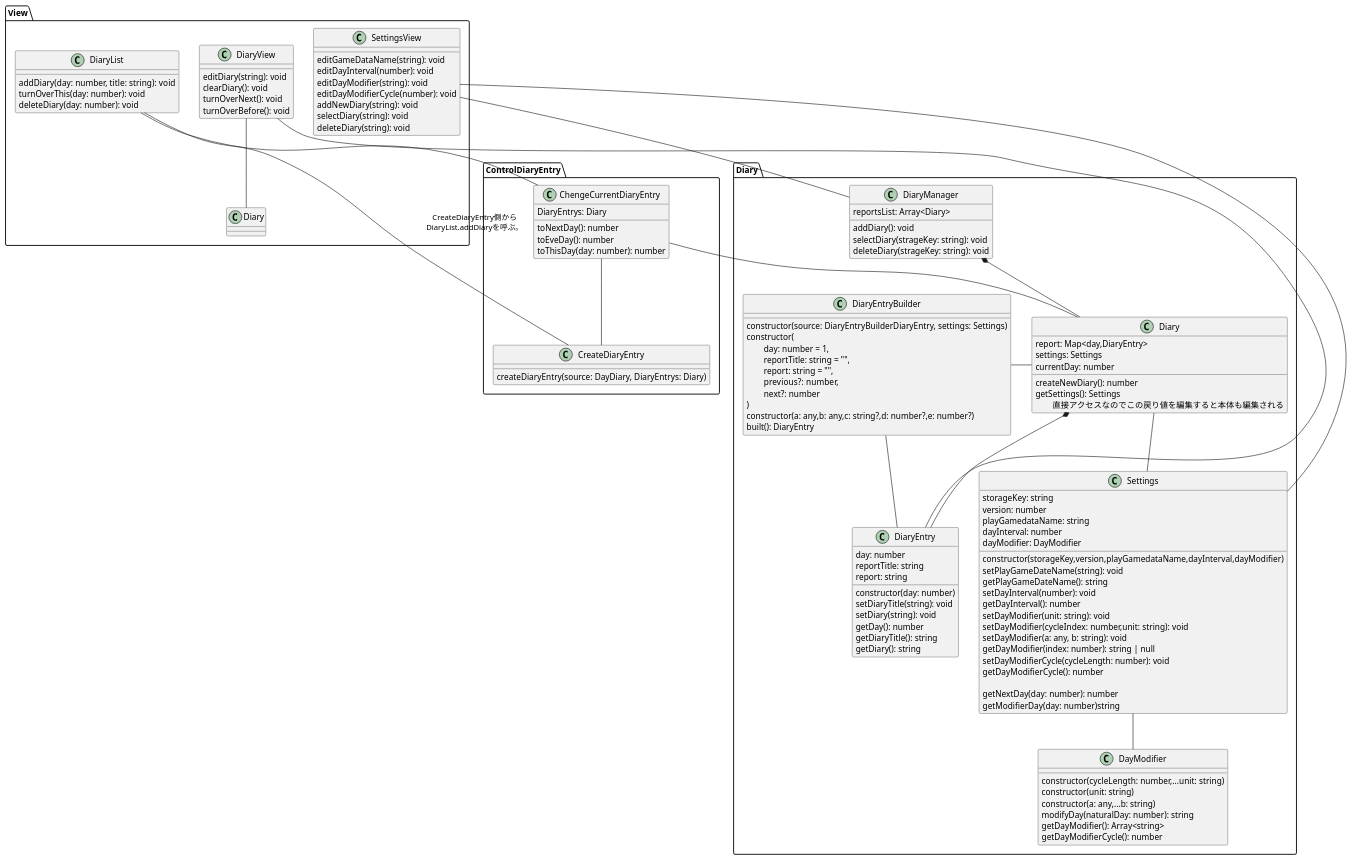
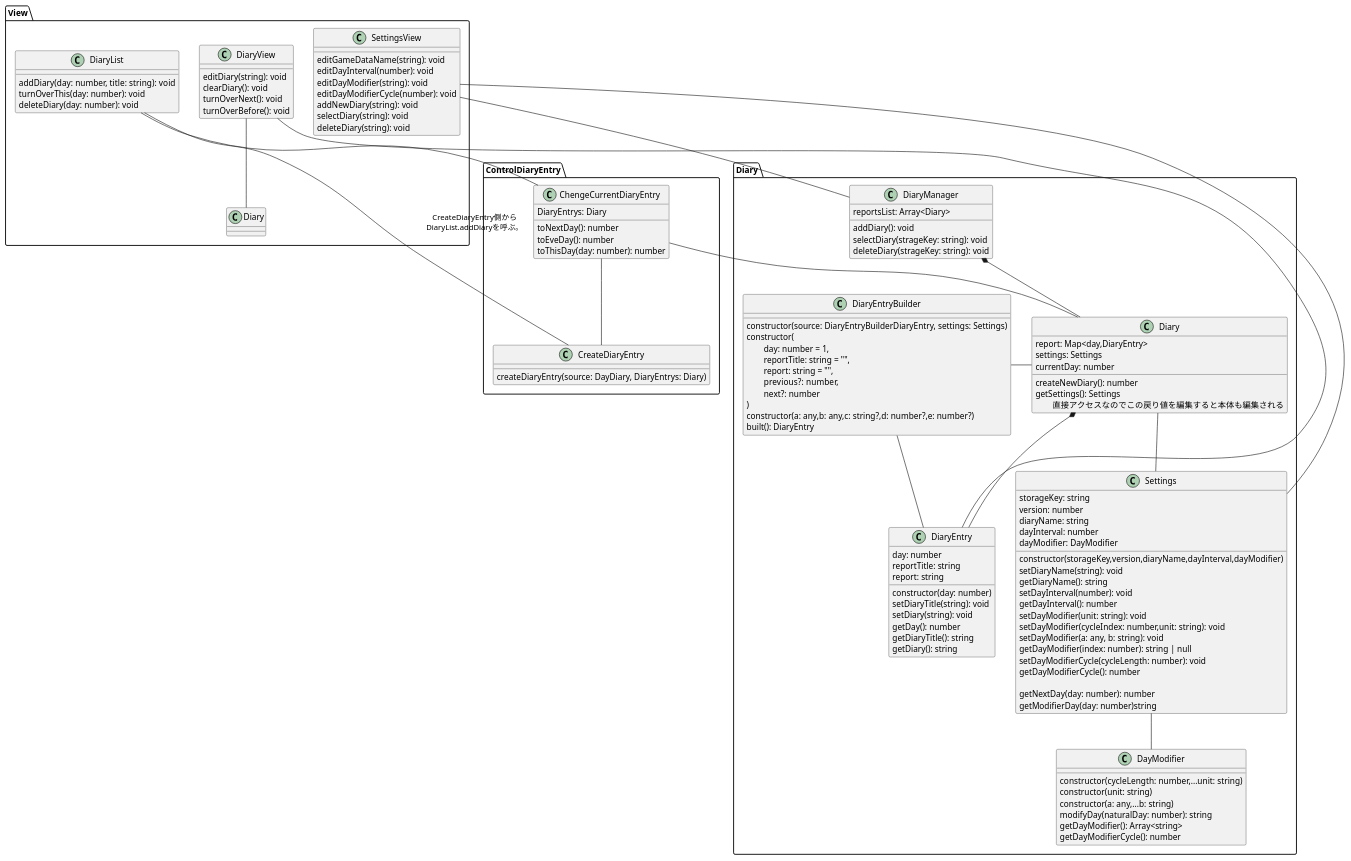
One commit to urusakuma/GameDiary changed the diagram in UML/class.puml. Above: the diagram before and after it, drawn with PlantUML. The commit also changed 9 other files, not shown here.

Commit message:
DiarySettings の playGameDataName を diaryName に変更 Fixes #62

```diff
--- a/UML/class.puml
+++ b/UML/class.puml
@@ -1,113 +1,113 @@
 @startuml class
 package Diary{
   class Diary{
     report: Map<day,DiaryEntry>
     settings: Settings
     currentDay: number
     createNewDiary(): number
     getSettings(): Settings\n\t直接アクセスなのでこの戻り値を編集すると本体も編集される
   }
   class DiaryEntryBuilder{
     constructor(source: DiaryEntryBuilderDiaryEntry, settings: Settings)
     constructor(\n\tday: number = 1,\n\treportTitle: string = "",\n\treport: string = "",\n\tprevious?: number,\n\tnext?: number\n)
     constructor(a: any,b: any,c: string?,d: number?,e: number?)
     built(): DiaryEntry
   }
   Diary -l- DiaryEntryBuilder
   DiaryEntryBuilder -- DiaryEntry
   class DiaryEntry{
     day: number
     reportTitle: string
     report: string
     constructor(day: number)
     setDiaryTitle(string): void
     setDiary(string): void
     getDay(): number
     getDiaryTitle(): string
     getDiary(): string
   }
 
   class Settings{
     storageKey: string
     version: number
-    playGamedataName: string
+    diaryName: string
     dayInterval: number
     dayModifier: DayModifier
-    constructor(storageKey,version,playGamedataName,dayInterval,dayModifier)
-    setPlayGameDateName(string): void
-    getPlayGameDateName(): string
+    constructor(storageKey,version,diaryName,dayInterval,dayModifier)
+    setDiaryName(string): void
+    getDiaryName(): string
     setDayInterval(number): void
     getDayInterval(): number
     setDayModifier(unit: string): void
     setDayModifier(cycleIndex: number,unit: string): void
     setDayModifier(a: any, b: string): void
     getDayModifier(index: number): string | null
     setDayModifierCycle(cycleLength: number): void
     getDayModifierCycle(): number
 
     getNextDay(day: number): number
     getModifierDay(day: number)string
   }
   Diary *-- DiaryEntry
   Diary -- Settings
   Settings -- DayModifier
   class DayModifier{
     constructor(cycleLength: number,...unit: string)
     constructor(unit: string)
     constructor(a: any,...b: string)
     modifyDay(naturalDay: number): string
     getDayModifier(): Array<string>
     getDayModifierCycle(): number
   }
   class DiaryManager{
     reportsList: Array<Diary>
     addDiary(): void
     selectDiary(strageKey: string): void
     deleteDiary(strageKey: string): void
   }
   DiaryManager *-- Diary
 }
 package ControlDiaryEntry{
   class CreateDiaryEntry{
     createDiaryEntry(source: DayDiary, DiaryEntrys: Diary)
   }
   class ChengeCurrentDiaryEntry{
     DiaryEntrys: Diary
     toNextDay(): number
     toEveDay(): number
     toThisDay(day: number): number
   }
   ChengeCurrentDiaryEntry -- CreateDiaryEntry
   ChengeCurrentDiaryEntry -- Diary.Diary
 }
 package View{
   class DiaryList{
     addDiary(day: number, title: string): void
     turnOverThis(day: number): void
     deleteDiary(day: number): void
   }
   class DiaryView{
     editDiary(string): void
     clearDiary(): void
     turnOverNext(): void
     turnOverBefore(): void
   }
   class SettingsView{
     editGameDataName(string): void
     editDayInterval(number): void
     editDayModifier(string): void
     editDayModifierCycle(number): void
     addNewDiary(string): void
     selectDiary(string): void
     deleteDiary(string): void
   }
   DiaryList -- CreateDiaryEntry : CreateDiaryEntry側から\nDiaryList.addDiaryを呼ぶ。
   DiaryList -- ChengeCurrentDiaryEntry
   DiaryView -- DiaryEntry
   DiaryView -- Diary
   SettingsView -- Settings
   SettingsView -- DiaryManager
 
 
 }
 @enduml
```
